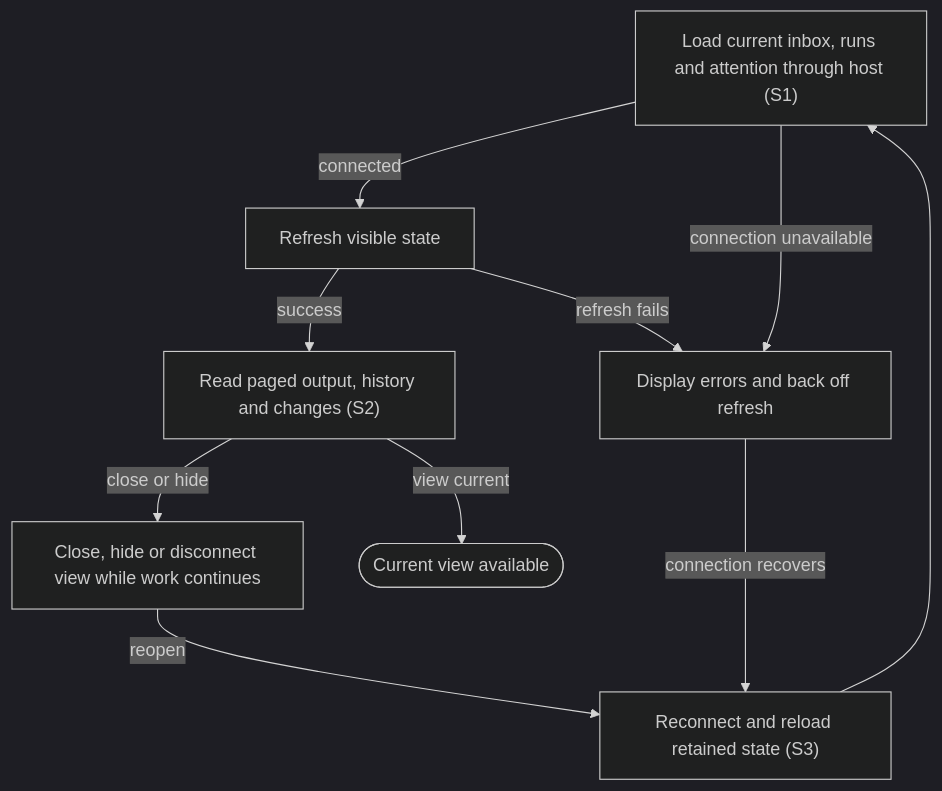
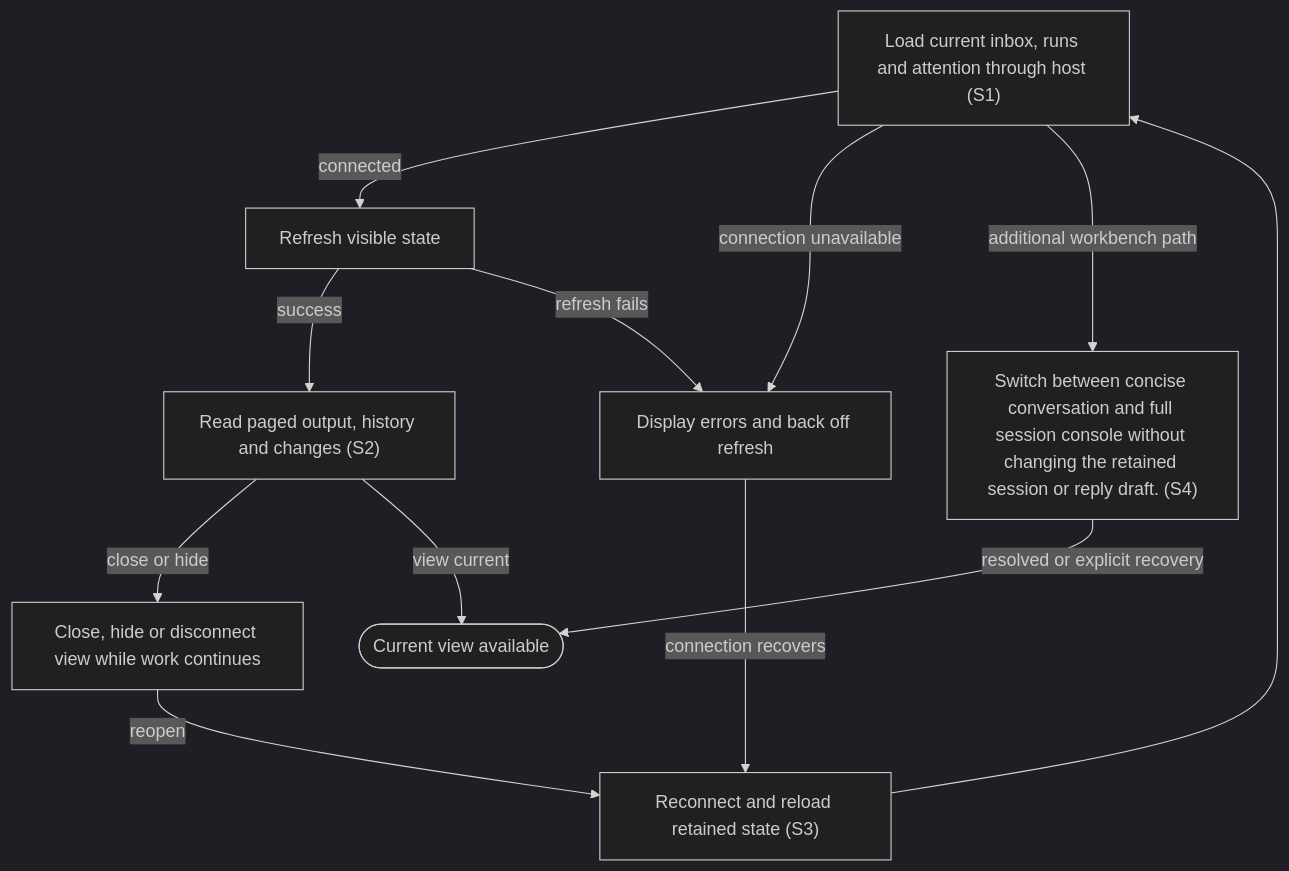
Before and after one commit to dk-code-factory/code-factory-plugin: the diagram in docs/user-flows/view-live-work.md, drawn with Mermaid (dark theme). The commit also changed other lines of this file and 64 other files, not shown here.

````diff
--- a/docs/user-flows/view-live-work.md
+++ b/docs/user-flows/view-live-work.md
@@ -38,19 +42,22 @@
 ```mermaid
 flowchart TD
     N0["Load current inbox, runs and attention through host #40;S1#41;"]
     N1["Refresh visible state"]
     N2["Read paged output, history and changes #40;S2#41;"]
     N3["Close, hide or disconnect view while work continues"]
     N4["Display errors and back off refresh"]
     N5["Reconnect and reload retained state #40;S3#41;"]
     N6(["Current view available"])
+    N7["Switch between concise conversation and full session console without changing the retained session or reply draft. #40;S4#41;"]
     N0 -->|"connected"| N1
     N0 -->|"connection unavailable"| N4
     N1 -->|"success"| N2
     N1 -->|"refresh fails"| N4
     N2 -->|"close or hide"| N3
     N3 -->|"reopen"| N5
     N4 -->|"connection recovers"| N5
     N5 --> N0
     N2 -->|"view current"| N6
+    N0 -->|"additional workbench path"| N7
+    N7 -->|"resolved or explicit recovery"| N6
 ```
````
